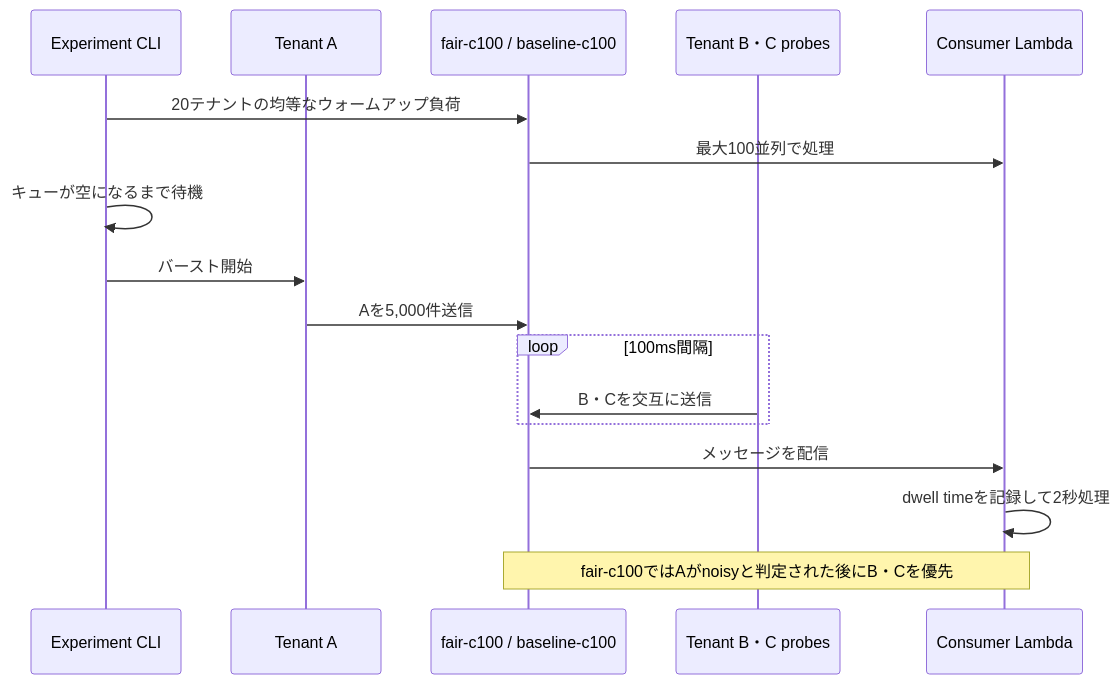
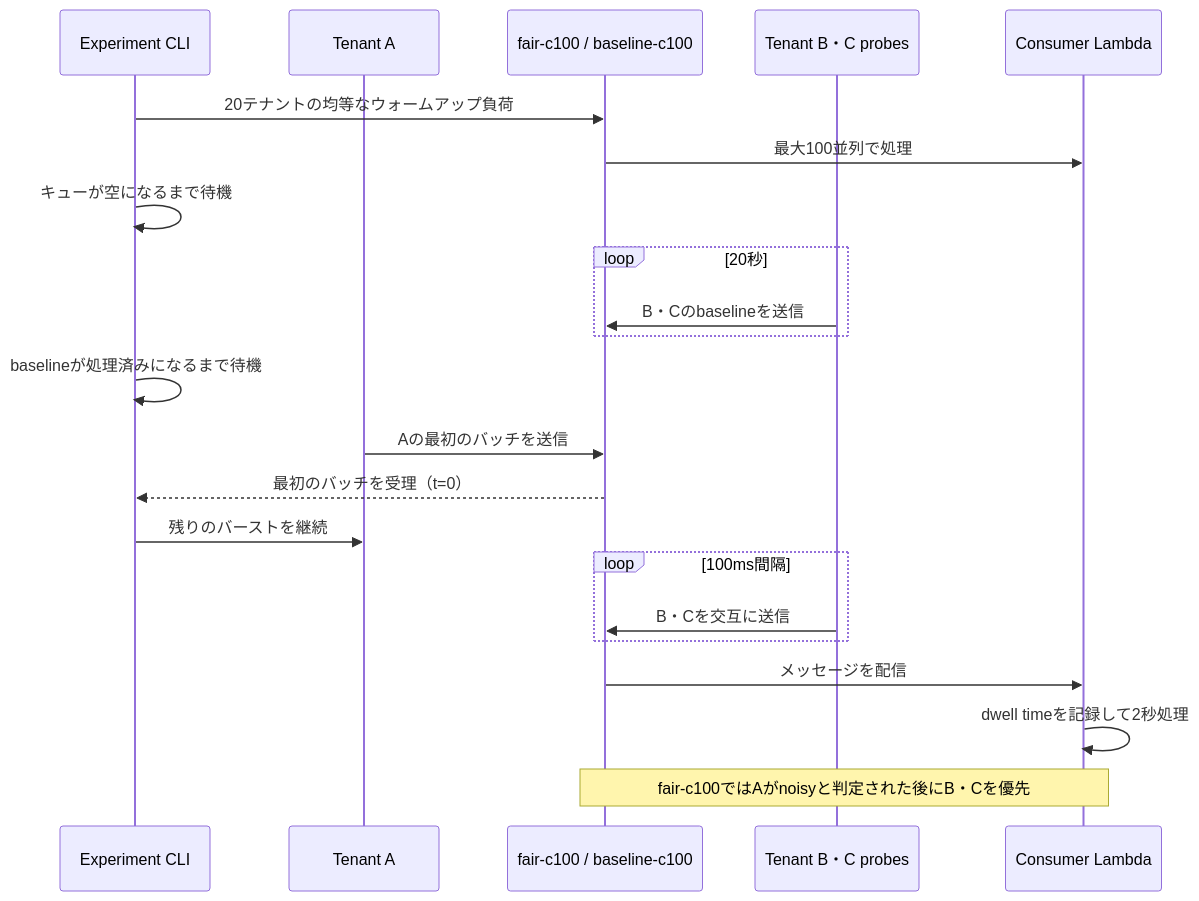
Before and after one commit to clep-raggedcloth/sqs-fair-queues-lab: the fourth of 5 diagrams in README.md, drawn with Mermaid. The commit also changed other lines of this file and 16 other files, not shown here.

````diff
--- a/README.md
+++ b/README.md
@@ -140,20 +151,25 @@
 ```mermaid
 sequenceDiagram
     participant R as Experiment CLI
     participant A as Tenant A
     participant Q as fair-c100 / baseline-c100
     participant BC as Tenant B・C probes
     participant L as Consumer Lambda
 
     R->>Q: 20テナントの均等なウォームアップ負荷
     Q->>L: 最大100並列で処理
     R->>R: キューが空になるまで待機
-    R->>A: バースト開始
-    A->>Q: Aを5,000件送信
+    loop 20秒
+        BC->>Q: B・Cのbaselineを送信
+    end
+    R->>R: baselineが処理済みになるまで待機
+    A->>Q: Aの最初のバッチを送信
+    Q-->>R: 最初のバッチを受理（t=0）
+    R->>A: 残りのバーストを継続
     loop 100ms間隔
         BC->>Q: B・Cを交互に送信
     end
     Q->>L: メッセージを配信
     L->>L: dwell timeを記録して2秒処理
     Note over Q,L: fair-c100ではAがnoisyと判定された後にB・Cを優先
 ```
````
